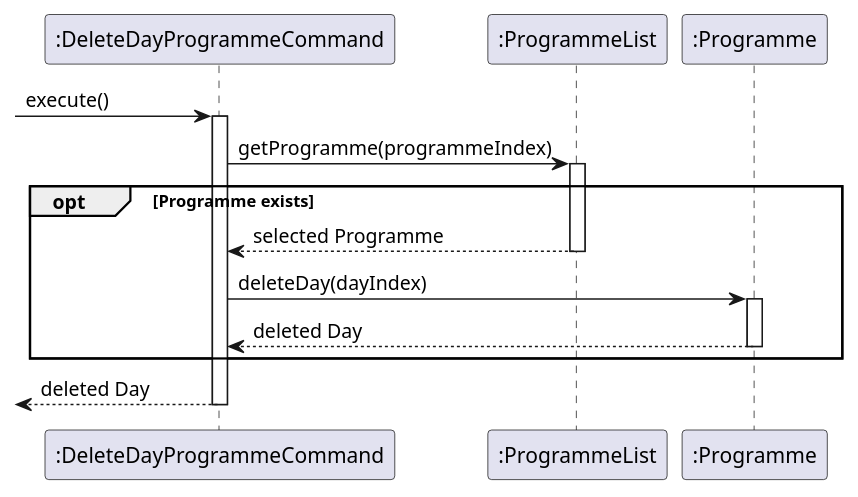
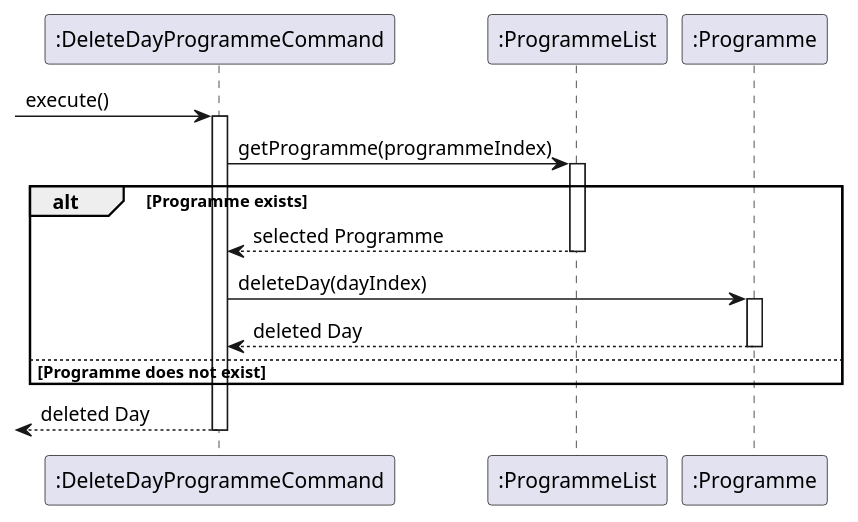
Before and after one commit to nus-cs2113-AY2425S1/tp: the diagram in docs/diagrams/deleteDayCommand.puml, drawn with PlantUML. The commit also changed 44 other files, not shown here.

```diff
--- a/docs/diagrams/deleteDayCommand.puml
+++ b/docs/diagrams/deleteDayCommand.puml
@@ -1,25 +1,26 @@
 @startuml
 participant ":DeleteDayProgrammeCommand" as Command
 participant ":ProgrammeList" as ProgrammeList
 participant ":Programme" as Programme
 
 -> Command : execute()
 activate Command
 
 Command -> ProgrammeList : getProgramme(programmeIndex)
 activate ProgrammeList
 
-opt Programme exists
+alt Programme exists
     ProgrammeList --> Command : selected Programme
     deactivate ProgrammeList
 
     Command -> Programme : deleteDay(dayIndex)
     activate Programme
 
     Programme --> Command : deleted Day
     deactivate Programme
+    else Programme does not exist
 end
 
 <-- Command : deleted Day
 deactivate Command
 @enduml
```
